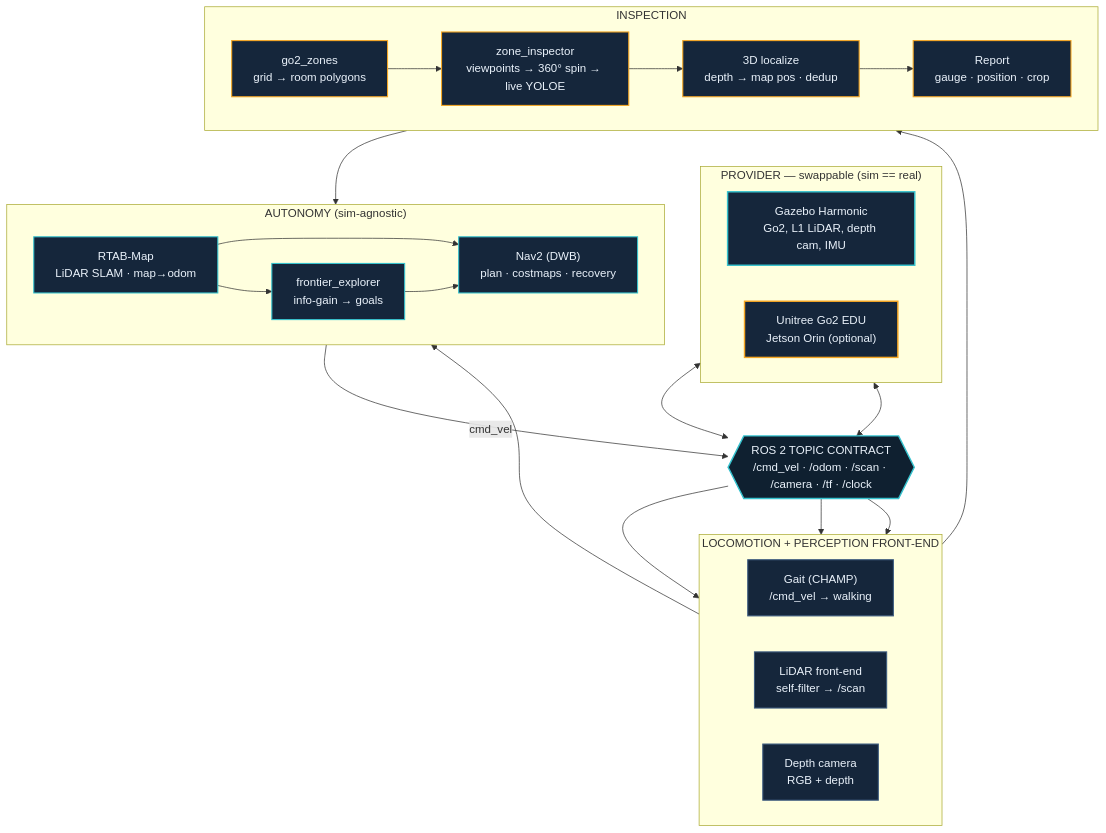
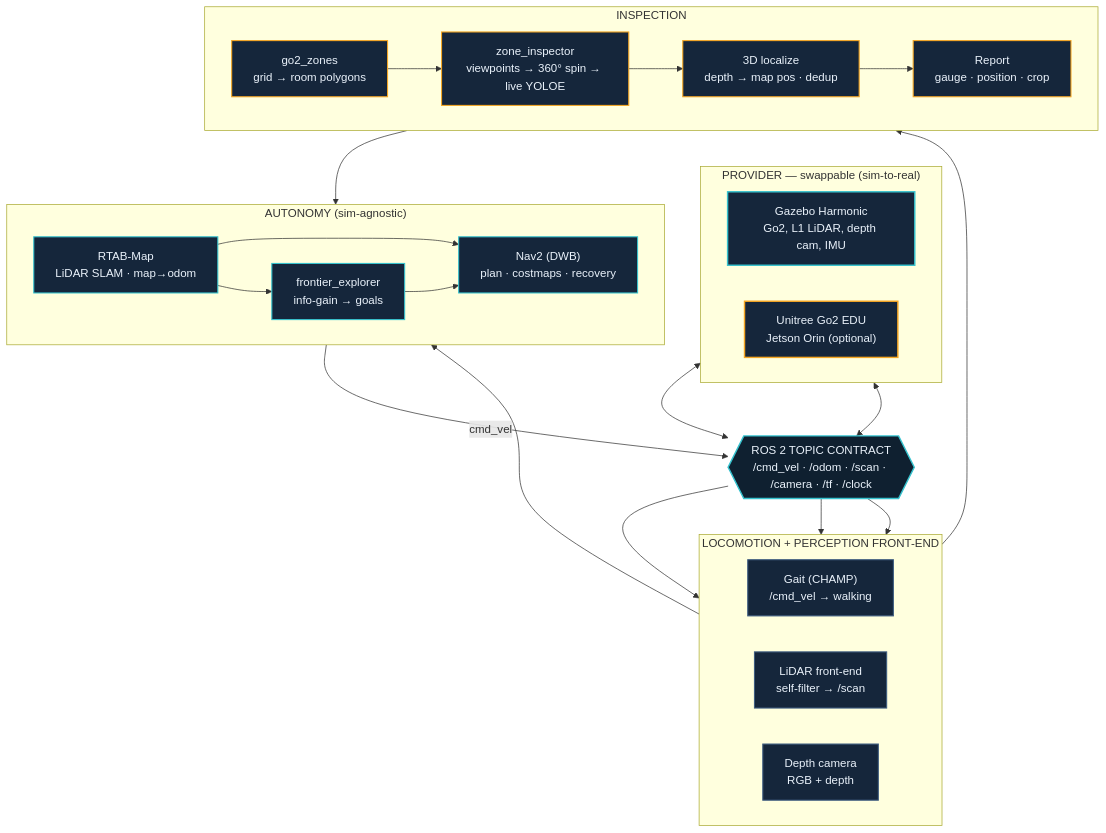
The diagram in README.md (Manas-arumalla/autonomous-go2-inspection), drawn with Mermaid before and after one commit. The commit also changed other lines of this file and 1 other file, not shown here.

Commit message:
docs: use 'sim-to-real' instead of the 'sim == real' shorthand

````diff
--- a/README.md
+++ b/README.md
@@ -93,51 +93,51 @@
 ```mermaid
 flowchart TD
     classDef sim  fill:#15263b,stroke:#36C2CE,stroke-width:2px,color:#eaf2fb
     classDef real fill:#15263b,stroke:#F5A623,stroke-width:2px,color:#eaf2fb
     classDef bus  fill:#0f2030,stroke:#36C2CE,stroke-width:2px,color:#eaf2fb
     classDef auto fill:#15263b,stroke:#36C2CE,stroke-width:1.5px,color:#eaf2fb
     classDef node fill:#15263b,stroke:#3f5d80,stroke-width:1.5px,color:#eaf2fb
     classDef app  fill:#15263b,stroke:#F5A623,stroke-width:1.5px,color:#eaf2fb
 
-    subgraph PROVIDER["PROVIDER — swappable (sim == real)"]
+    subgraph PROVIDER["PROVIDER — swappable (sim-to-real)"]
         direction LR
         GZ["Gazebo Harmonic<br/>Go2, L1 LiDAR, depth cam, IMU"]:::sim
         GO2["Unitree Go2 EDU<br/>Jetson Orin (optional)"]:::real
     end
 
     BUS{{"ROS 2 TOPIC CONTRACT<br/>/cmd_vel · /odom · /scan · /camera · /tf · /clock"}}:::bus
 
     subgraph FE["LOCOMOTION + PERCEPTION FRONT-END"]
         direction LR
         GAIT["Gait (CHAMP)<br/>/cmd_vel → walking"]:::node
         L2S["LiDAR front-end<br/>self-filter → /scan"]:::node
         CAM["Depth camera<br/>RGB + depth"]:::node
     end
 
     subgraph AUTO["AUTONOMY (sim-agnostic)"]
         direction LR
         RT["RTAB-Map<br/>LiDAR SLAM · map→odom"]:::auto
         NAV["Nav2 (DWB)<br/>plan · costmaps · recovery"]:::auto
         FR["frontier_explorer<br/>info-gain → goals"]:::auto
     end
 
     subgraph APP["INSPECTION"]
         direction LR
         ZONES["go2_zones<br/>grid → room polygons"]:::app
         INSP["zone_inspector<br/>viewpoints → 360° spin → live YOLOE"]:::app
         LOC["3D localize<br/>depth → map pos · dedup"]:::app
         REP["Report<br/>gauge · position · crop"]:::app
     end
 
     GZ <--> BUS
     GO2 <--> BUS
     BUS --> GAIT & L2S & CAM
     L2S --> RT
     CAM --> INSP
     RT --> NAV & FR
     FR --> NAV
     ZONES --> INSP
     INSP --> NAV
     INSP --> LOC --> REP
     NAV -->|cmd_vel| BUS
 ```
````
